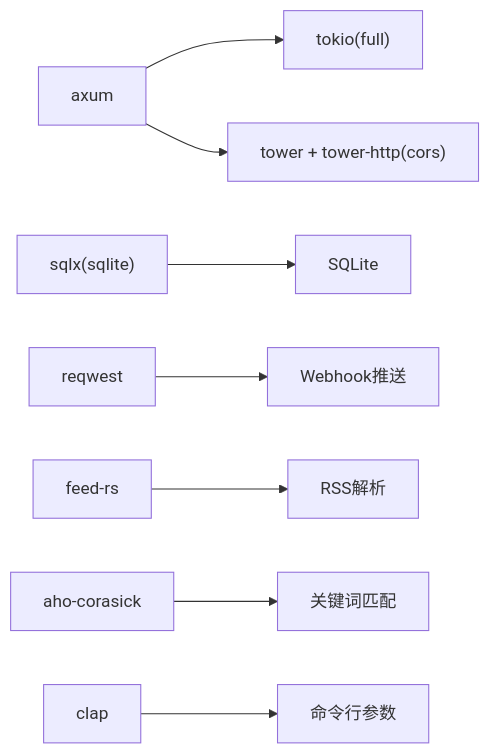
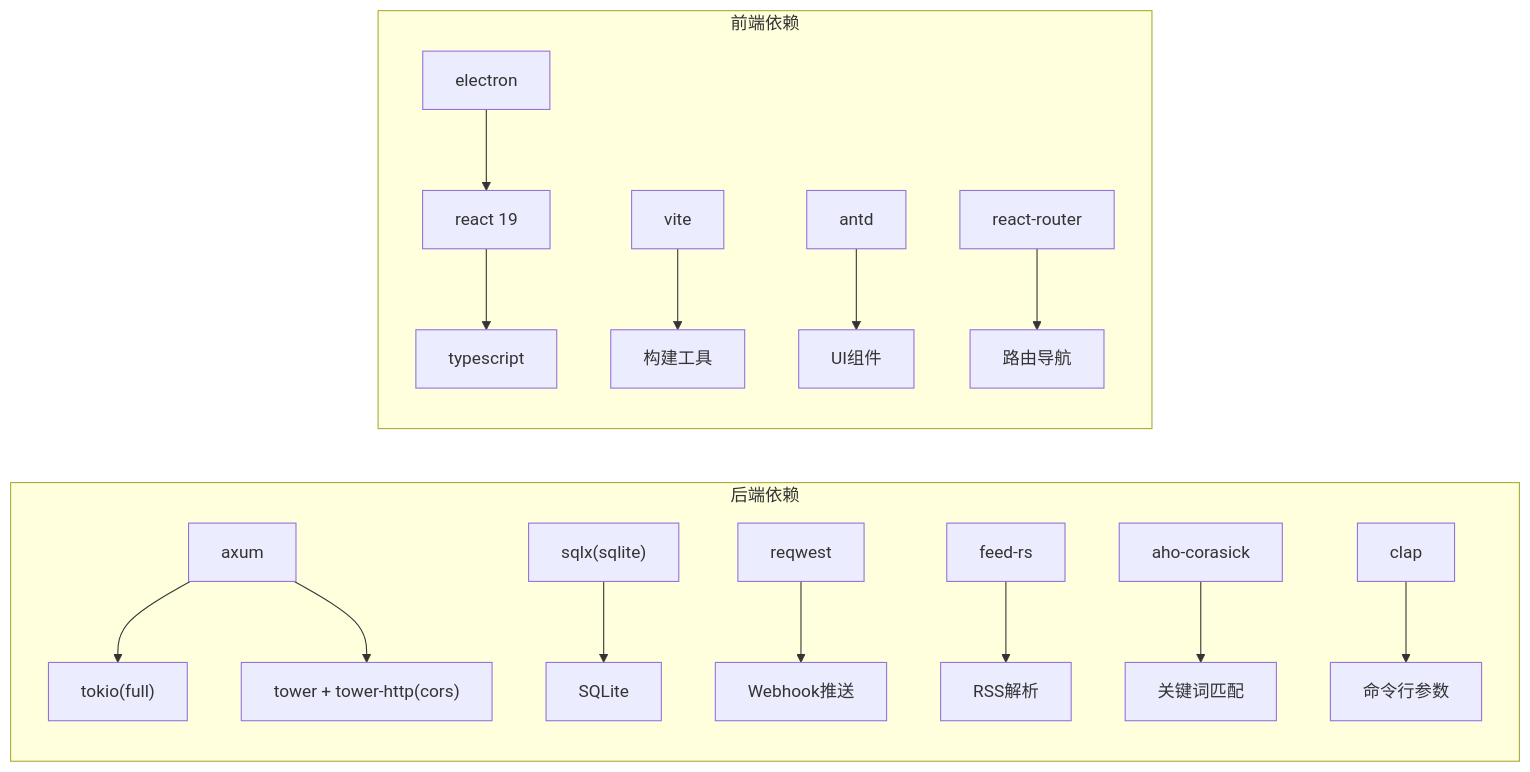
Before and after one commit to leimu-hue/AI-Trend-Tool: diagram 11 of 11 in .qoder/repowiki/zh/content/开发指南/开发指南.md, drawn with Mermaid. The commit also changed other lines of this file and 50 other files, not shown here.

````diff
--- a/.qoder/repowiki/zh/content/开发指南/开发指南.md
+++ b/.qoder/repowiki/zh/content/开发指南/开发指南.md
@@ -355,10 +484,19 @@
 ```mermaid
 graph LR
+subgraph "后端依赖"
 AXUM["axum"] --> TOKIO["tokio(full)"]
 AXUM --> TOWER["tower + tower-http(cors)"]
 SQLX["sqlx(sqlite)"] --> SQLITE["SQLite"]
 REQ["reqwest"] --> WEBHOOK["Webhook推送"]
 FEEDRS["feed-rs"] --> RSS["RSS解析"]
 AHO["aho-corasick"] --> MATCH["关键词匹配"]
 CLAP["clap"] --> CLI["命令行参数"]
+end
+subgraph "前端依赖"
+ELECTRON["electron"] --> REACT["react 19"]
+REACT --> TYPESCRIPT["typescript"]
+VITE["vite"] --> BUILD["构建工具"]
+ANTD["antd"] --> UI["UI组件"]
+ROUTER["react-router"] --> NAV["路由导航"]
+end
 ```
````
